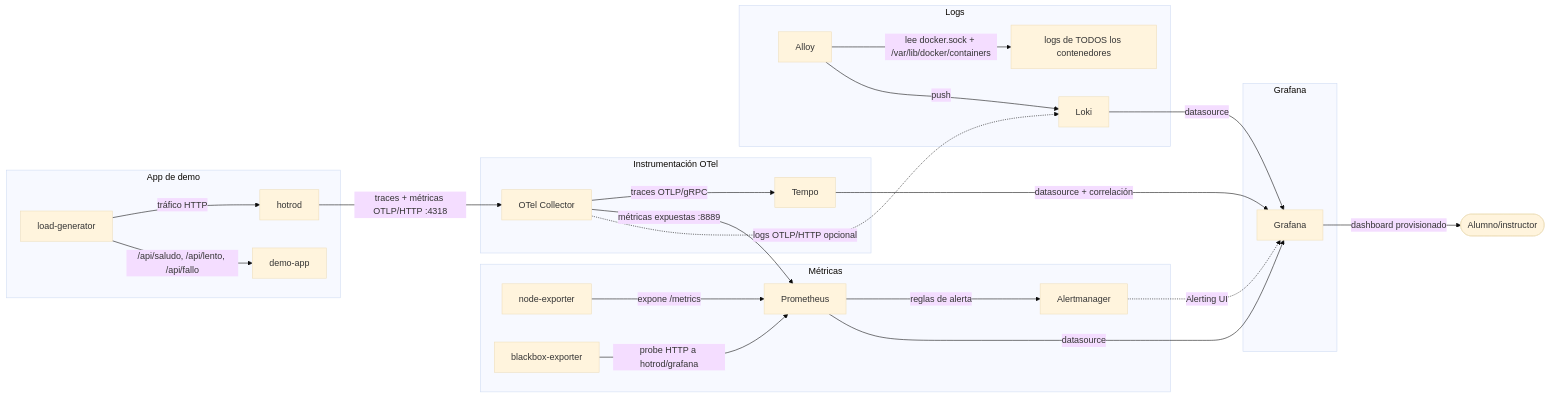
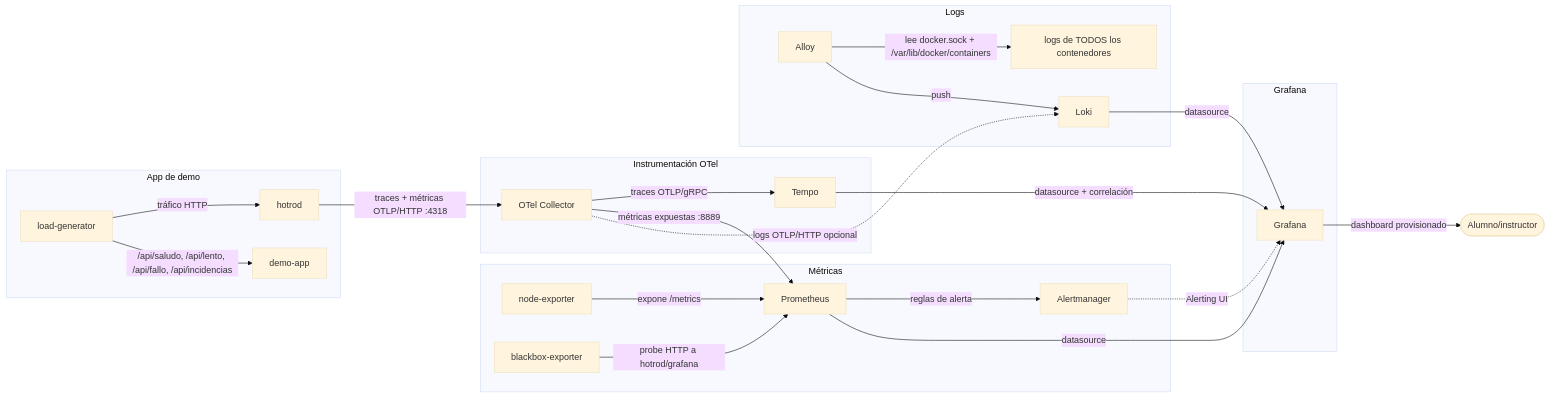
The diagram in compose/46_curso_sre_observabilidad/README.md (pepesan/docker-twitch), drawn with Mermaid (base theme) before and after one commit. The commit also changed other lines of this file and 1 other file, not shown here.

Commit message:
Compose 46/47: documentar incidencias y trazas de consultas H2

````diff
--- a/compose/46_curso_sre_observabilidad/README.md
+++ b/compose/46_curso_sre_observabilidad/README.md
@@ -43,34 +43,34 @@
 ```mermaid
 flowchart LR
     subgraph Demo["App de demo"]
         LG[load-generator] -->|tráfico HTTP| HR[hotrod]
-        LG -->|/api/saludo, /api/lento, /api/fallo| DA[demo-app]
+        LG -->|/api/saludo, /api/lento, /api/fallo, /api/incidencias| DA[demo-app]
     end
 
     subgraph Metricas["Métricas"]
         NE[node-exporter] -->|expone /metrics| PROM[Prometheus]
         BB[blackbox-exporter] -->|probe HTTP a hotrod/grafana| PROM
         PROM -->|reglas de alerta| AM[Alertmanager]
     end
 
     subgraph OTel["Instrumentación OTel"]
         HR -->|traces + métricas OTLP/HTTP :4318| OTC[OTel Collector]
         OTC -->|traces OTLP/gRPC| TEMPO[Tempo]
         OTC -->|métricas expuestas :8889| PROM
     end
 
     subgraph Logs["Logs"]
         PT[Alloy] -->|lee docker.sock + /var/lib/docker/containers| ALLCTR[logs de TODOS los contenedores]
         PT -->|push| LOKI[Loki]
         OTC -.->|logs OTLP/HTTP opcional| LOKI
     end
 
     subgraph Visualizacion["Grafana"]
         PROM -->|datasource| GRAF[Grafana]
         LOKI -->|datasource| GRAF
         TEMPO -->|datasource + correlación| GRAF
         AM -.->|Alerting UI| GRAF
     end
 
     GRAF -->|dashboard provisionado| USR([Alumno/instructor])
 ```
````
